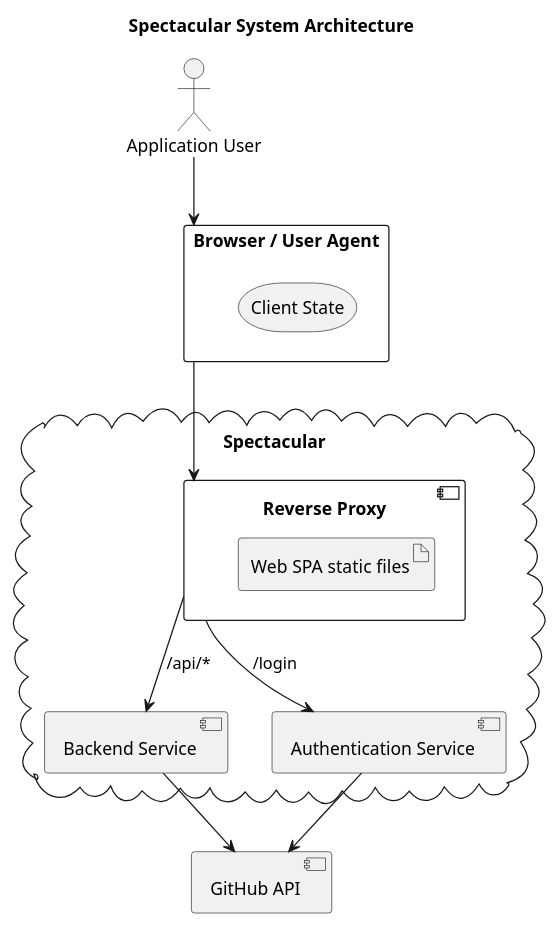
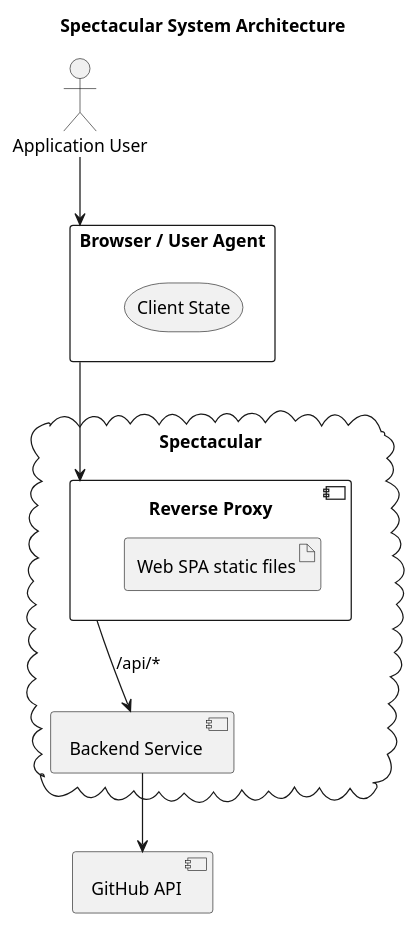
The diagram in docs/diagrams/system-architecture.plantuml (specmore/spectacular), drawn with PlantUML before and after one commit. The commit also changed 2 other files, not shown here.

Commit message:
remove auth service from architecture docs

```diff
--- a/docs/diagrams/system-architecture.plantuml
+++ b/docs/diagrams/system-architecture.plantuml
@@ -1,28 +1,25 @@
 @startuml system-architecture
 
 title Spectacular System Architecture
 
 actor "Application User" as user 
 rectangle "Browser / User Agent" as userAgent {
     storage "Client State" as clientState
 }
 
 cloud "Spectacular" {
     component "Reverse Proxy" as reverseProxy {
         artifact "Web SPA static files" as webUI
     }
     component "Backend Service" as backendService
-    component "Authentication Service" as authService
 }
 
 component "GitHub API" as github
 
 user --> userAgent
 userAgent --> reverseProxy
 reverseProxy --> backendService : /api/*
-reverseProxy --> authService : /login
 
 backendService --> github
-authService --> github
 
 @enduml
```
